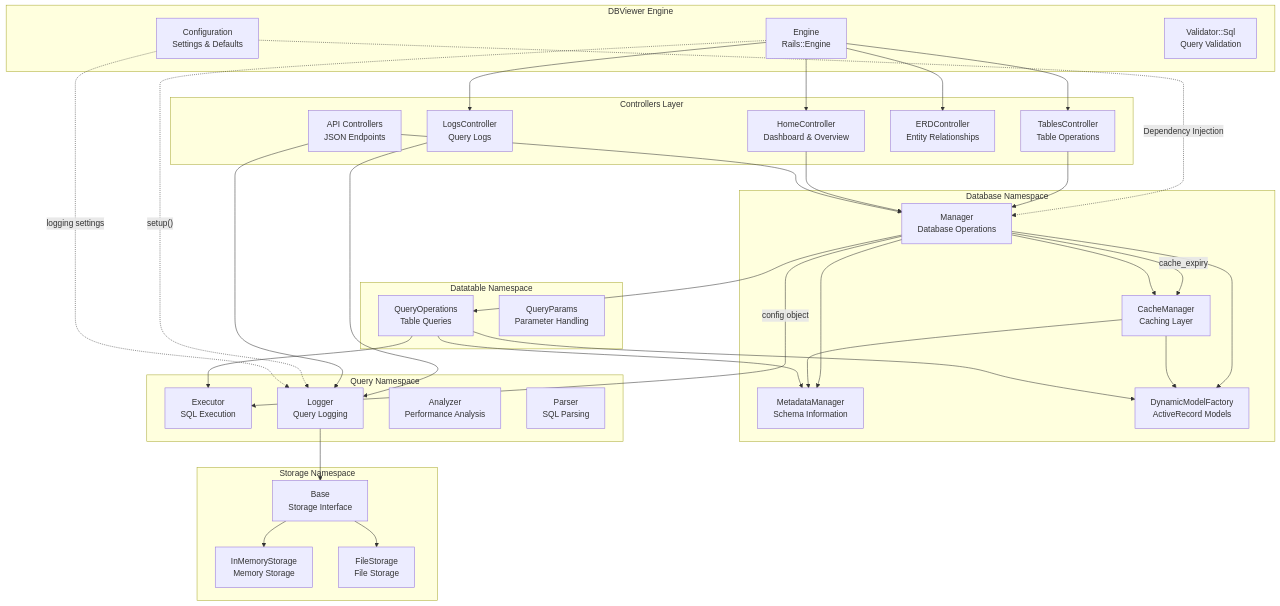
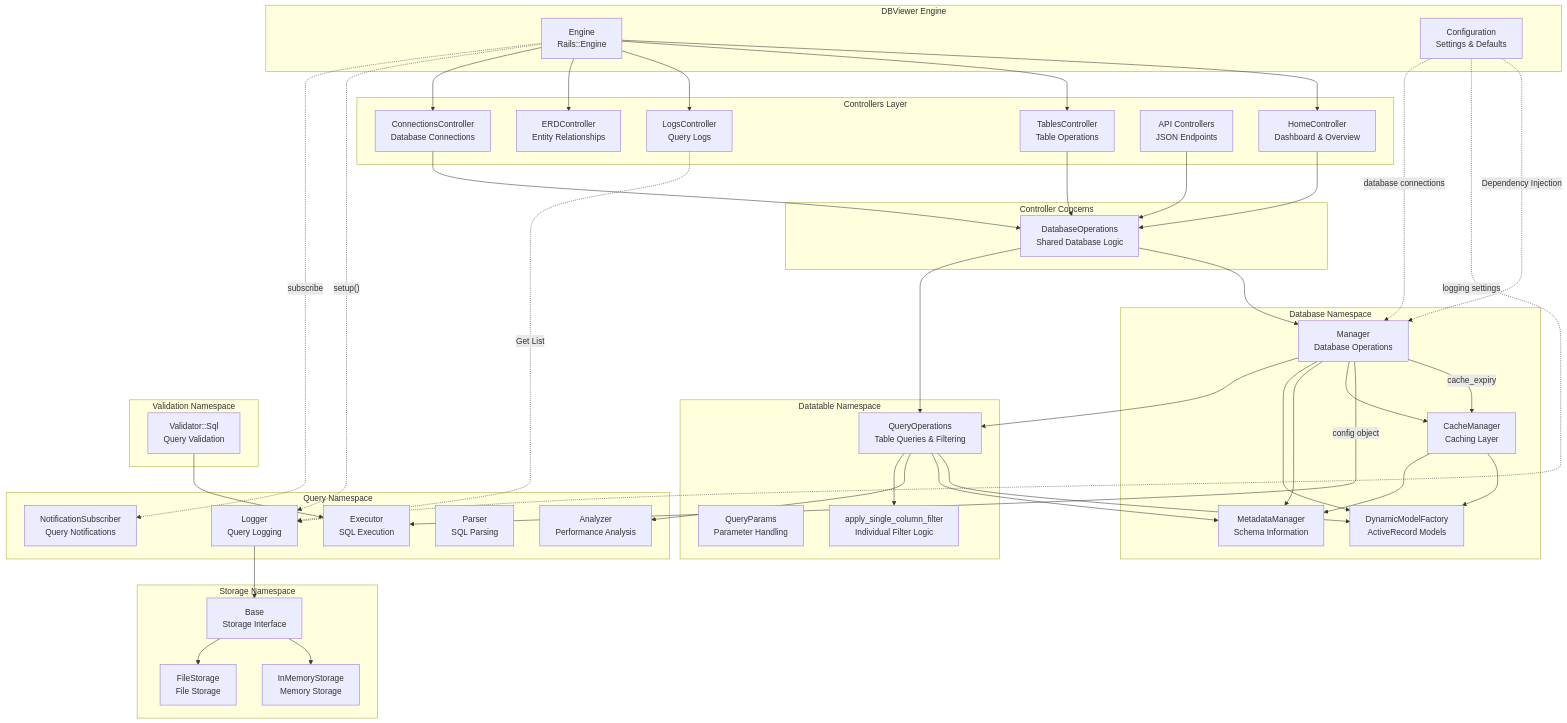
One commit to WailanTirajoh/dbviewer changed the diagram in README.md. Above: the diagram before and after it, drawn with Mermaid. The commit also changed 3 other files, not shown here.

Commit message:
chore(database): remove executor dependency from query operation - update architecture diagram

````diff
--- a/README.md
+++ b/README.md
@@ -373,7 +373,6 @@
     subgraph "DBViewer Engine"
         Engine[Engine<br/>Rails::Engine]
         Config[Configuration<br/>Settings & Defaults]
-        Validator::Sql[Validator::Sql<br/>Query Validation]
     end
 
     subgraph "Controllers Layer"
@@ -382,6 +381,11 @@
         LogsController[LogsController<br/>Query Logs]
         ERDController[ERDController<br/>Entity Relationships]
         APIController[API Controllers<br/>JSON Endpoints]
+        ConnectionsController[ConnectionsController<br/>Database Connections]
+    end
+
+    subgraph "Controller Concerns"
+        DatabaseOperations[DatabaseOperations<br/>Shared Database Logic]
     end
 
     subgraph "Database Namespace"
@@ -396,11 +400,13 @@
         QueryLogger[Logger<br/>Query Logging]
         QueryAnalyzer[Analyzer<br/>Performance Analysis]
         QueryParser[Parser<br/>SQL Parsing]
+        NotificationSubscriber[NotificationSubscriber<br/>Query Notifications]
     end
 
     subgraph "Datatable Namespace"
-        QueryOperations[QueryOperations<br/>Table Queries]
+        QueryOperations[QueryOperations<br/>Table Queries & Filtering]
         QueryParams[QueryParams<br/>Parameter Handling]
+        ColumnFiltering[apply_single_column_filter<br/>Individual Filter Logic]
     end
 
     subgraph "Storage Namespace"
@@ -409,46 +415,69 @@
         FileStorage[FileStorage<br/>File Storage]
     end
 
+    subgraph "Validation Namespace"
+        ValidatorSql[Validator::Sql<br/>Query Validation]
+    end
+
     %% Configuration Dependencies (Decoupled)
     Config -.->|"Dependency Injection"| Manager
     Manager -->|"cache_expiry"| CacheManager
     Manager -->|"config object"| QueryExecutor
 
-    %% Main Dependencies
+    %% Engine Initialization
     Engine --> HomeController
     Engine --> TablesController
     Engine --> LogsController
     Engine --> ERDController
+    Engine --> ConnectionsController
+    Engine -.->|"setup()"| QueryLogger
+    Engine -.->|"subscribe"| NotificationSubscriber
 
+    %% Controller Dependencies
+    TablesController --> DatabaseOperations
+    HomeController --> DatabaseOperations
+    ConnectionsController --> DatabaseOperations
+    APIController --> DatabaseOperations
+    LogsController -.->|"Get List"| QueryLogger
+
+    DatabaseOperations --> Manager
+    DatabaseOperations --> QueryOperations
+
+    %% Manager Dependencies
     Manager --> CacheManager
     Manager --> MetadataManager
     Manager --> DynamicModelFactory
     Manager --> QueryOperations
 
+    %% Cache Dependencies
     CacheManager --> DynamicModelFactory
     CacheManager --> MetadataManager
 
+    %% QueryOperations Dependencies (Refactored)
     QueryOperations --> DynamicModelFactory
-    QueryOperations --> QueryExecutor
     QueryOperations --> MetadataManager
+    QueryOperations --> QueryAnalyzer
+    QueryOperations --> ColumnFiltering
 
+    %% Storage Dependencies
     QueryLogger --> StorageBase
     StorageBase --> InMemoryStorage
     StorageBase --> FileStorage
 
-    TablesController --> Manager
-    HomeController --> Manager
-    LogsController --> QueryLogger
-    APIController --> Manager
-    APIController --> QueryLogger
+    %% Configuration Flow
+    Config -.->|"logging settings"| QueryLogger
+    Config -.->|"database connections"| Manager
 
-    %% Decoupled Configuration Flow
-    Engine -.->|"setup()"| QueryLogger
-    Config -.->|"logging settings"| QueryLogger
+    %% Validation
+    ValidatorSql --> QueryExecutor
 
+    %% Styling
     class CacheManager,QueryLogger decoupled
-    class HomeController,TablesController,LogsController,ERDController,APIController controller
+    class HomeController,TablesController,LogsController,ERDController,APIController,ConnectionsController controller
+    class DatabaseOperations concern
     class Manager,MetadataManager,DynamicModelFactory database
-    class QueryExecutor,QueryAnalyzer,QueryParser query
+    class QueryExecutor,QueryAnalyzer,QueryParser,NotificationSubscriber query
     class StorageBase,InMemoryStorage,FileStorage storage
+    class ColumnFiltering filtering
+    class ValidatorSql validation
 ```
````
